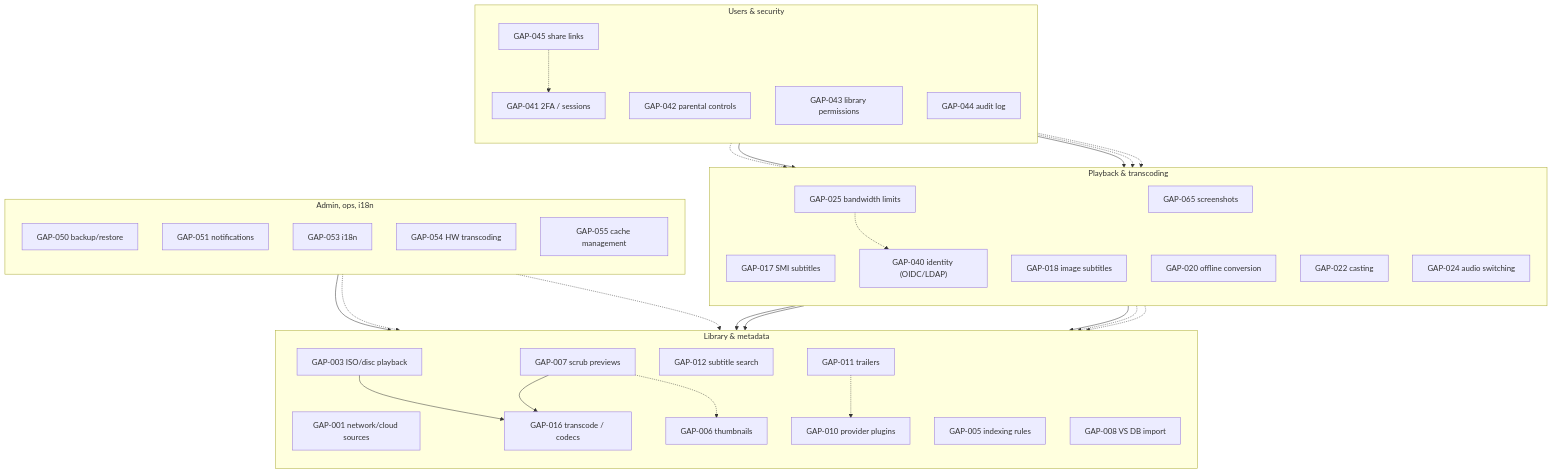
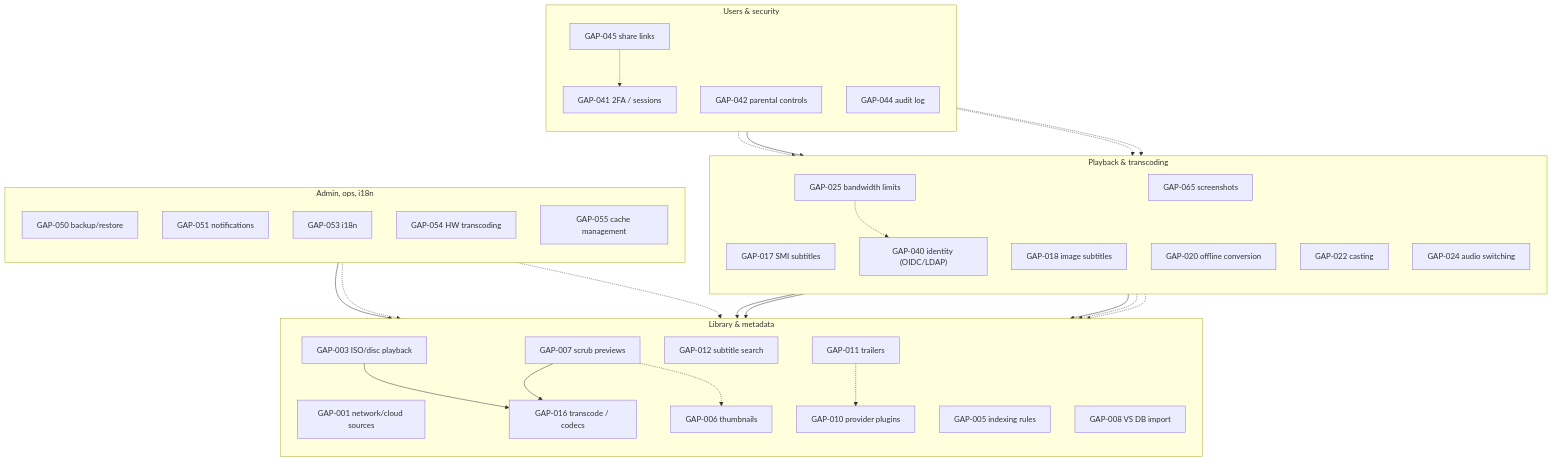
The diagram in docs/GAPS.md (liyu1981/my-videostation), drawn with Mermaid before and after one commit. The commit also changed other lines of this file and 28 other files, not shown here.

First line of the commit message:
feat(access): library permissions, rating ceilings and activity log

````diff
--- a/docs/GAPS.md
+++ b/docs/GAPS.md
@@ -88,75 +88,73 @@
 ```mermaid
 flowchart TB
   subgraph Library["Library & metadata"]
     direction TB
     G1["GAP-001 network/cloud sources"]
     G3["GAP-003 ISO/disc playback"]
     G5["GAP-005 indexing rules"]
     G6["GAP-006 thumbnails"]
     G7["GAP-007 scrub previews"]
     G8["GAP-008 VS DB import"]
     G10["GAP-010 provider plugins"]
     G11["GAP-011 trailers"]
     G12["GAP-012 subtitle search"]
 
     G3 --> G16
     G7 --> G16
     G7 -.-> G6
     G11 -.-> G10
   end
 
   subgraph Playback["Playback & transcoding"]
     direction TB
     G16["GAP-016 transcode / codecs"]
     G17["GAP-017 SMI subtitles"]
     G18["GAP-018 image subtitles"]
     G20["GAP-020 offline conversion"]
     G22["GAP-022 casting"]
     G24["GAP-024 audio switching"]
     G25["GAP-025 bandwidth limits"]
     G65["GAP-065 screenshots"]
 
     G18 --> G16
     G20 --> G16
     G24 --> G16
     G22 -.-> G16
     G65 -.-> G16
     G25 -.-> G40
   end
 
   subgraph Users["Users & security"]
     direction TB
     G40["GAP-040 identity (OIDC/LDAP)"]
     G41["GAP-041 2FA / sessions"]
     G42["GAP-042 parental controls"]
-    G43["GAP-043 library permissions"]
     G44["GAP-044 audit log"]
     G45["GAP-045 share links"]
 
     G41 -.-> G40
     G42 --> G40
-    G43 --> G40
     G44 -.-> G40
     G45 -.-> G41
     G45 -.-> G25
   end
 
   subgraph Ops["Admin, ops, i18n"]
     direction TB
     G50["GAP-050 backup/restore"]
     G51["GAP-051 notifications"]
     G53["GAP-053 i18n"]
     G54["GAP-054 HW transcoding"]
     G55["GAP-055 cache management"]
 
     G54 --> G16
     G55 -.-> G6
     G55 -.-> G16
   end
 
   %% layout-only links keep the clusters stacked
   G12 ~~~ G16
   G65 ~~~ G40
   G45 ~~~ G50
   G55 ~~~ G16
 ```
````
